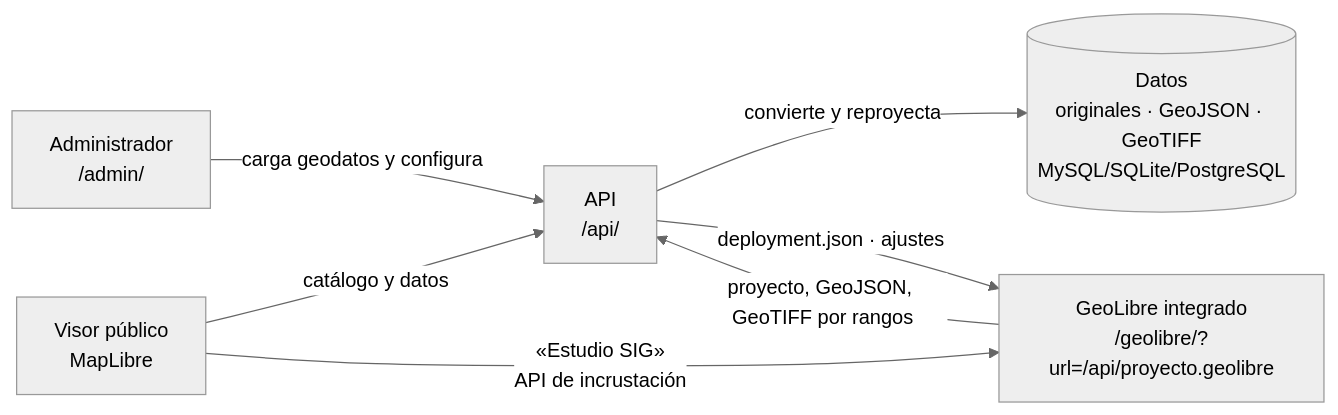
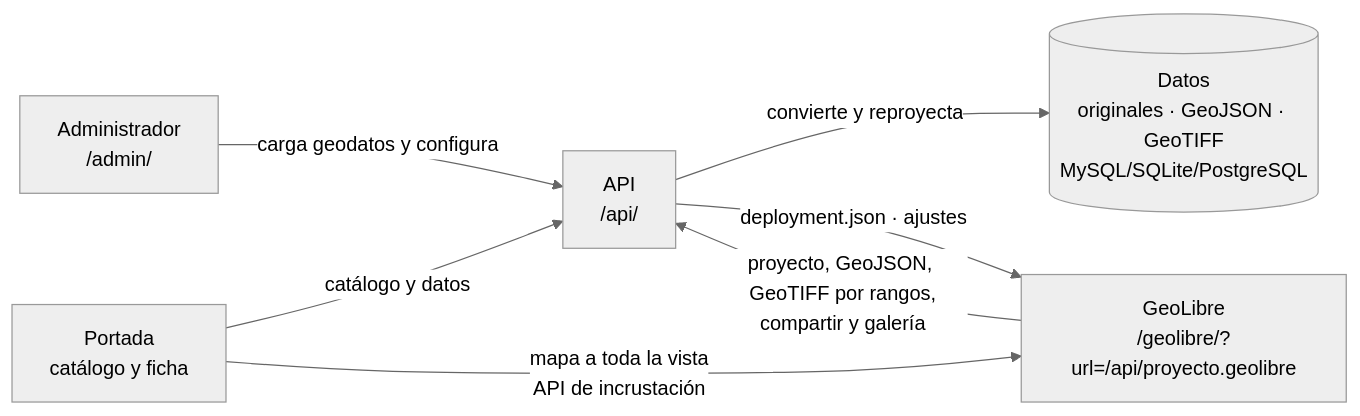
The diagram in README.md (GobernaciondeNarino/app-ambiente), drawn with Mermaid (neutral theme) before and after one commit. The commit also changed other lines of this file and 8 other files, not shown here.

First line of the commit message:
Documentación: GeoLibre como mapa del geoportal

````diff
--- a/README.md
+++ b/README.md
@@ -23,9 +22,9 @@
 ```mermaid
 flowchart LR
   A[Administrador<br>/admin/] -- carga geodatos y configura --> API
   API[API<br>/api/] -- convierte y reproyecta --> D[(Datos<br>originales · GeoJSON · GeoTIFF<br>MySQL/SQLite/PostgreSQL)]
   API -- deployment.json · ajustes --> G
-  V[Visor público<br>MapLibre] -- catálogo y datos --> API
-  V -- «Estudio SIG»<br>API de incrustación --> G[GeoLibre integrado<br>/geolibre/?url=/api/proyecto.geolibre]
-  G -- proyecto, GeoJSON, GeoTIFF por rangos --> API
+  V[Portada<br>catálogo y ficha] -- catálogo y datos --> API
+  V -- mapa a toda la vista<br>API de incrustación --> G[GeoLibre<br>/geolibre/?url=/api/proyecto.geolibre]
+  G -- proyecto, GeoJSON, GeoTIFF por rangos,<br>compartir y galería --> API
 ```
````
